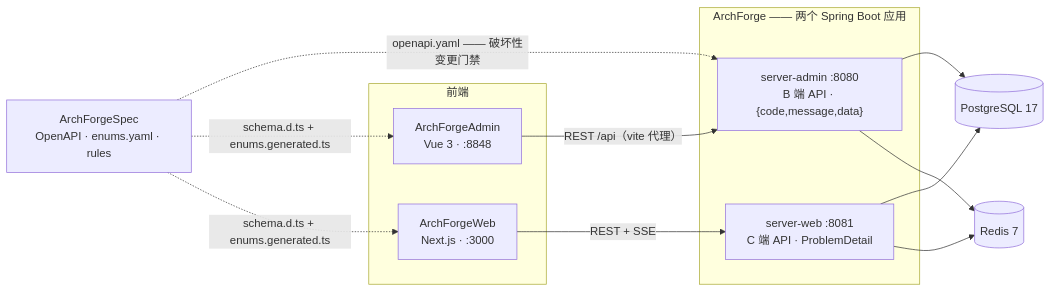
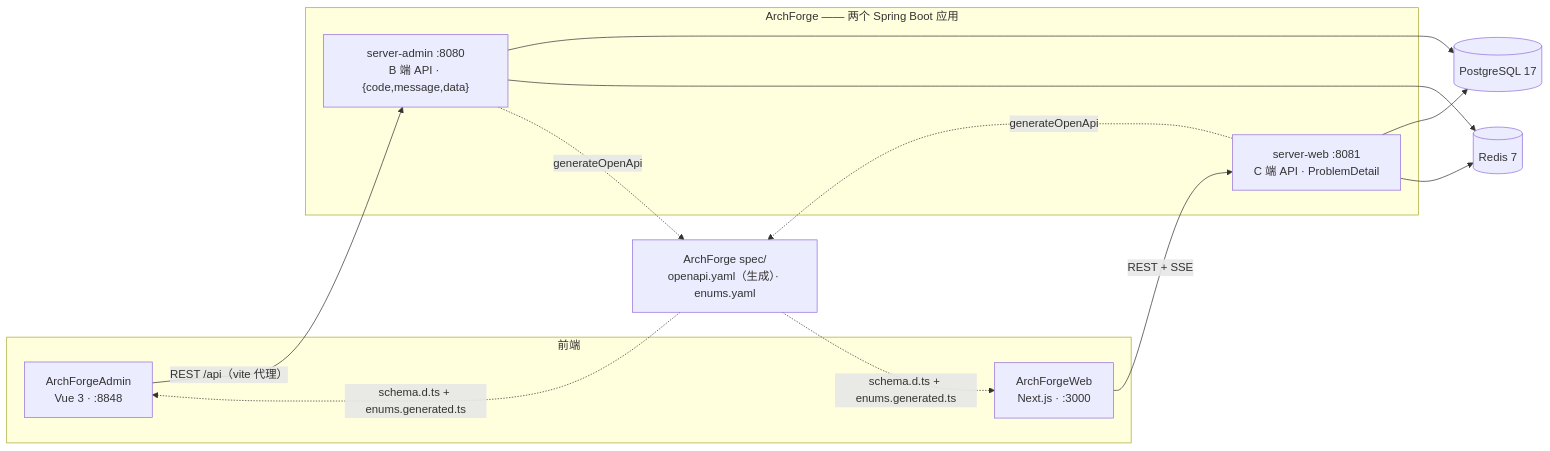
The first of 5 diagrams in docs/zh/guide/architecture.md (sofn/ArchForgeDocs), drawn with Mermaid before and after one commit. The commit also changed other lines of this file and 37 other files, not shown here.

````diff
--- a/docs/zh/guide/architecture.md
+++ b/docs/zh/guide/architecture.md
@@ -9,22 +9,23 @@
 ```mermaid
 flowchart LR
   subgraph clients["前端"]
     A["ArchForgeAdmin<br/>Vue 3 · :8848"]
     W["ArchForgeWeb<br/>Next.js · :3000"]
   end
   subgraph backend["ArchForge —— 两个 Spring Boot 应用"]
     SA["server-admin :8080<br/>B 端 API · {code,message,data}"]
     SW["server-web :8081<br/>C 端 API · ProblemDetail"]
   end
   PG[("PostgreSQL 17")]
   RD[("Redis 7")]
-  SPEC["ArchForgeSpec<br/>OpenAPI · enums.yaml · rules"]
+  SPEC["ArchForge spec/<br/>openapi.yaml（生成）· enums.yaml"]
 
   A -->|"REST /api（vite 代理）"| SA
   W -->|"REST + SSE"| SW
   SA --> PG & RD
   SW --> PG & RD
-  SPEC -. "openapi.yaml —— 破坏性变更门禁" .-> SA
+  SA -. "generateOpenApi" .-> SPEC
+  SW -. "generateOpenApi" .-> SPEC
   SPEC -. "schema.d.ts + enums.generated.ts" .-> A
   SPEC -. "schema.d.ts + enums.generated.ts" .-> W
 ```
````
